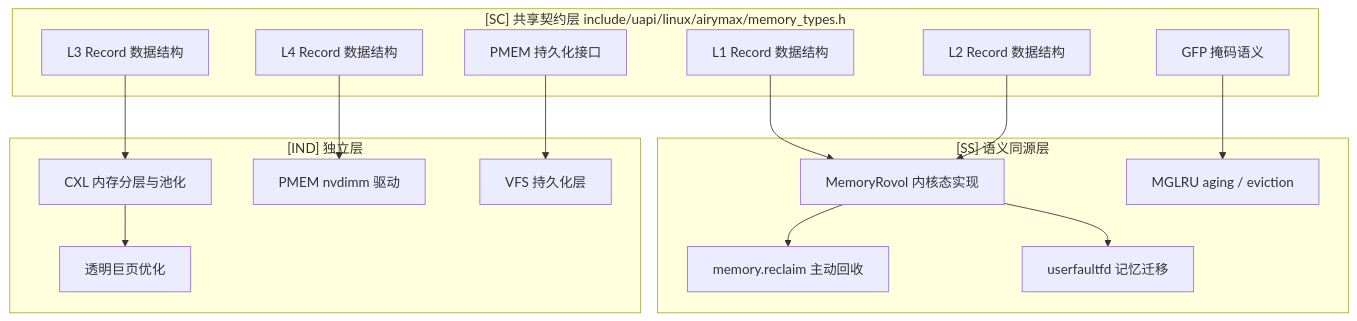
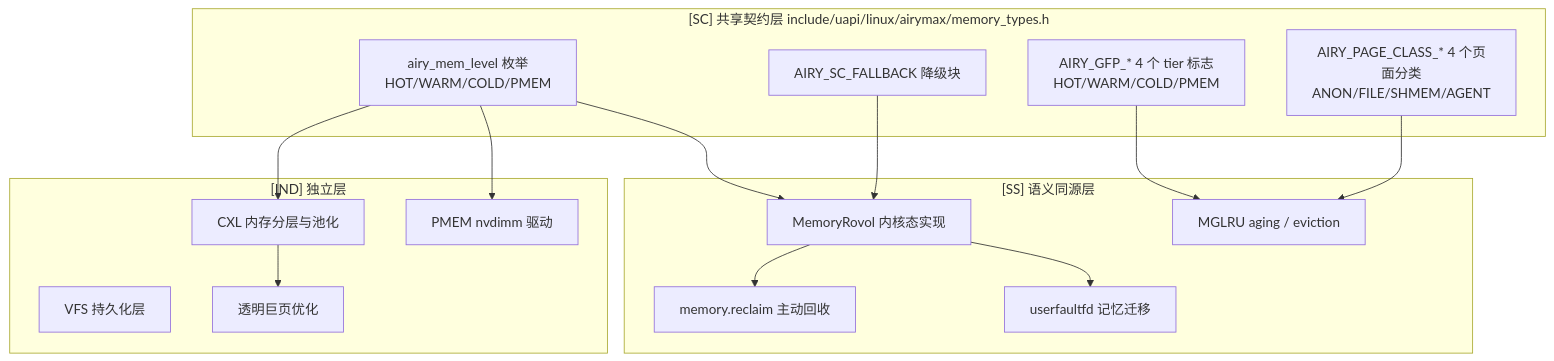
The first of 2 diagrams in 20-modules/04-memory.md (openairymax/docs-linux), drawn with Mermaid before and after one commit. The commit also changed other lines of this file and 50 other files, not shown here.

````diff
--- a/20-modules/04-memory.md
+++ b/20-modules/04-memory.md
@@ -179,32 +181,30 @@
 ```mermaid
 graph TD
     subgraph SC["[SC] 共享契约层 include/uapi/linux/airymax/memory_types.h"]
-        L1[L1 Record 数据结构]
-        L2[L2 Record 数据结构]
-        L3[L3 Record 数据结构]
-        L4[L4 Record 数据结构]
-        GFP[GFP 掩码语义]
-        PMEMIF[PMEM 持久化接口]
+        MEMLEVEL[airy_mem_level 枚举<br/>HOT/WARM/COLD/PMEM]
+        GFP[AIRY_GFP_* 4 个 tier 标志<br/>HOT/WARM/COLD/PMEM]
+        PAGECLASS[AIRY_PAGE_CLASS_* 4 个页面分类<br/>ANON/FILE/SHMEM/AGENT]
+        DSL[AIRY_SC_FALLBACK 降级块]
     end
     subgraph SS["[SS] 语义同源层"]
         MEMROVOL[MemoryRovol 内核态实现]
         MGLRU[MGLRU aging / eviction]
         RECLAIM[memory.reclaim 主动回收]
         UFFD[userfaultfd 记忆迁移]
     end
     subgraph IND["[IND] 独立层"]
         CXL[CXL 内存分层与池化]
         PMEM[PMEM nvdimm 驱动]
         VFSPERSIST[VFS 持久化层]
         THP[透明巨页优化]
     end
-    L1 --> MEMROVOL
-    L2 --> MEMROVOL
-    L3 --> CXL
-    L4 --> PMEM
+    MEMLEVEL --> MEMROVOL
+    MEMLEVEL --> CXL
+    MEMLEVEL --> PMEM
     GFP --> MGLRU
-    PMEMIF --> VFSPERSIST
+    PAGECLASS --> MGLRU
+    DSL --> MEMROVOL
     MEMROVOL --> RECLAIM
     MEMROVOL --> UFFD
     CXL --> THP
 ```
````
